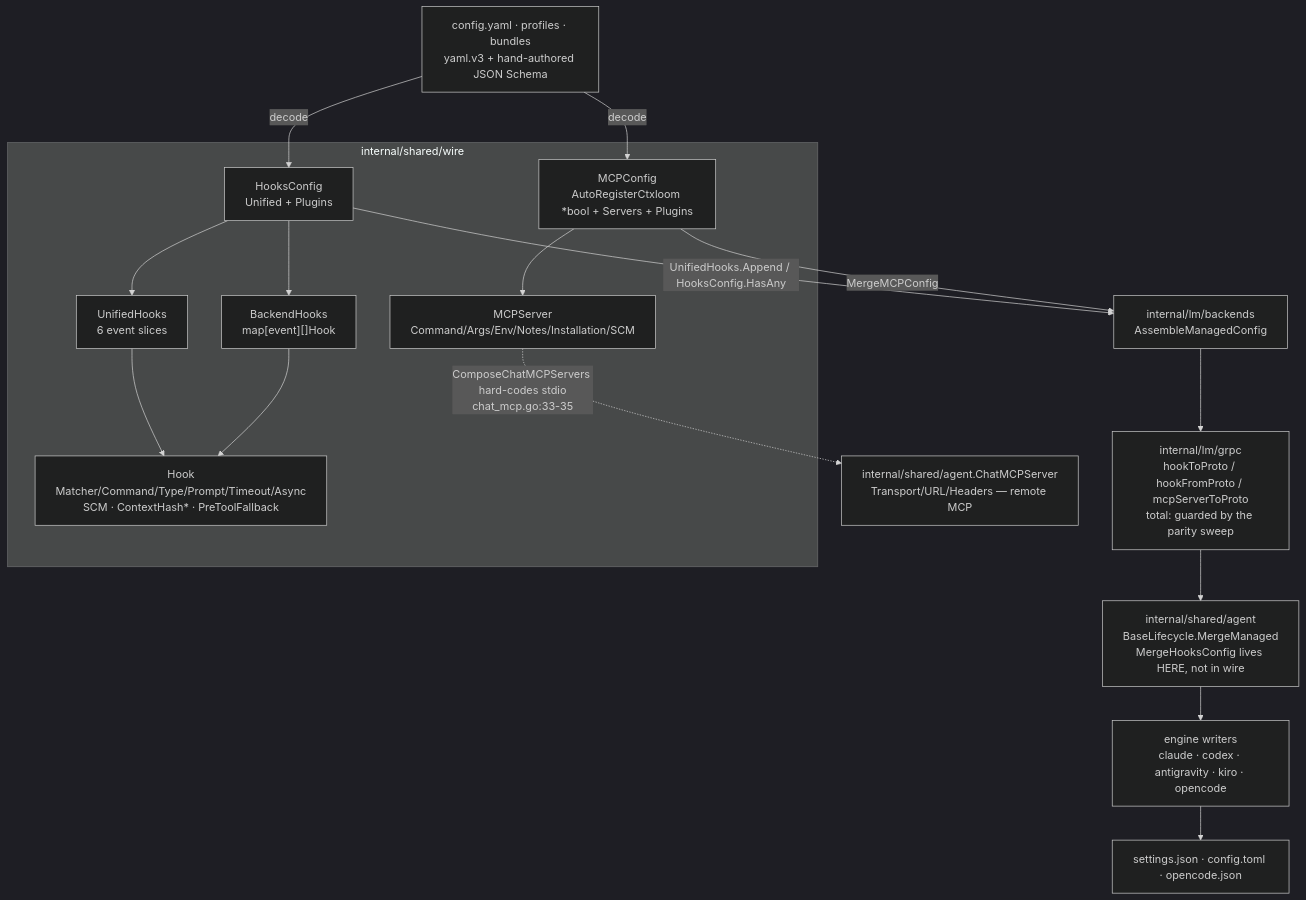
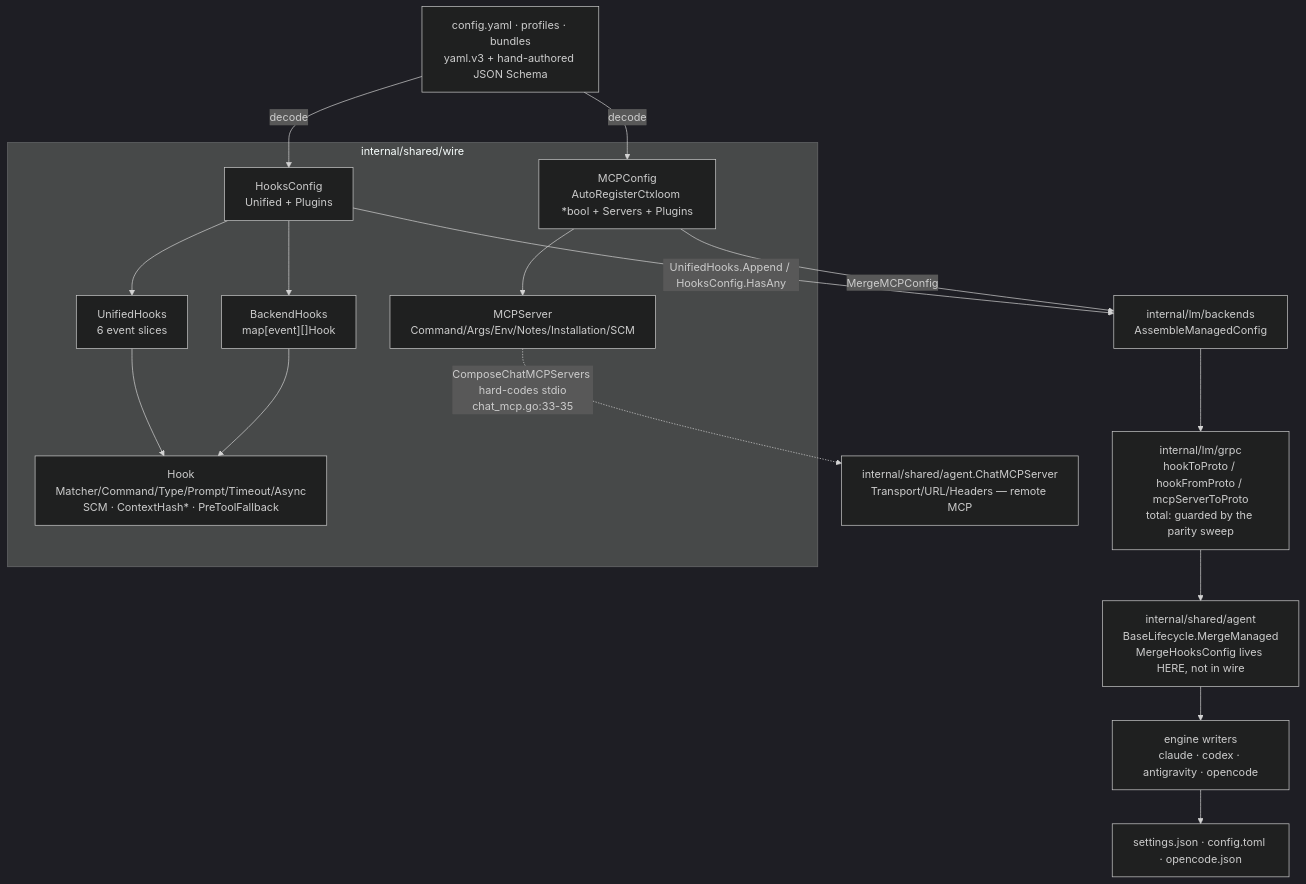
The diagram in docs/architecture/shared/wire-types.md (ctxloom/ctxloom), drawn with Mermaid (dark theme) before and after one commit. The commit also changed other lines of this file and 86 other files, not shown here.

````diff
--- a/docs/architecture/shared/wire-types.md
+++ b/docs/architecture/shared/wire-types.md
@@ -7,29 +7,29 @@
 ```mermaid
 flowchart TD
     subgraph wire["internal/shared/wire"]
         HC["HooksConfig<br/>Unified + Plugins"]
         UH["UnifiedHooks<br/>6 event slices"]
         BH["BackendHooks<br/>map[event][]Hook"]
         H["Hook<br/>Matcher/Command/Type/Prompt/Timeout/Async<br/>SCM · ContextHash* · PreToolFallback"]
         MC["MCPConfig<br/>AutoRegisterCtxloom *bool + Servers + Plugins"]
         MS["MCPServer<br/>Command/Args/Env/Notes/Installation/SCM"]
         HC --> UH
         HC --> BH
         UH --> H
         BH --> H
         MC --> MS
     end
 
     YAML["config.yaml · profiles · bundles<br/>yaml.v3 + hand-authored JSON Schema"] -->|decode| HC
     YAML -->|decode| MC
     HC -->|"UnifiedHooks.Append / HooksConfig.HasAny"| ASM["internal/lm/backends<br/>AssembleManagedConfig"]
     MC -->|MergeMCPConfig| ASM
     ASM --> PROTO["internal/lm/grpc<br/>hookToProto / hookFromProto / mcpServerToProto<br/>total: guarded by the parity sweep"]
     PROTO --> LIFE["internal/shared/agent<br/>BaseLifecycle.MergeManaged<br/>MergeHooksConfig lives HERE, not in wire"]
-    LIFE --> WRITERS["engine writers<br/>claude · codex · antigravity · kiro · opencode"]
+    LIFE --> WRITERS["engine writers<br/>claude · codex · antigravity · opencode"]
     WRITERS --> NATIVE["settings.json · config.toml · opencode.json"]
 
     CHAT["internal/shared/agent.ChatMCPServer<br/>Transport/URL/Headers — remote MCP"]
     MS -.->|"ComposeChatMCPServers hard-codes stdio<br/>chat_mcp.go:33-35"| CHAT
 
 ```
````
